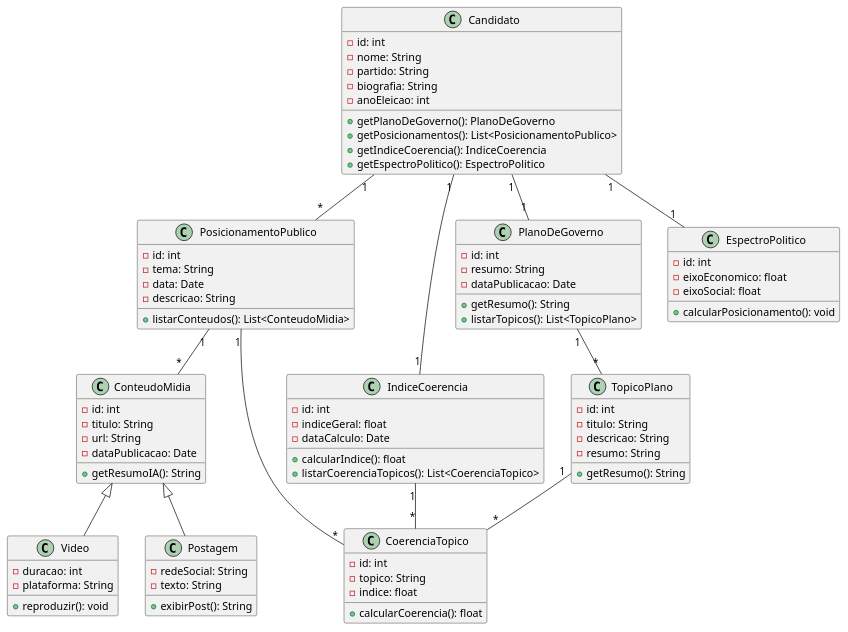
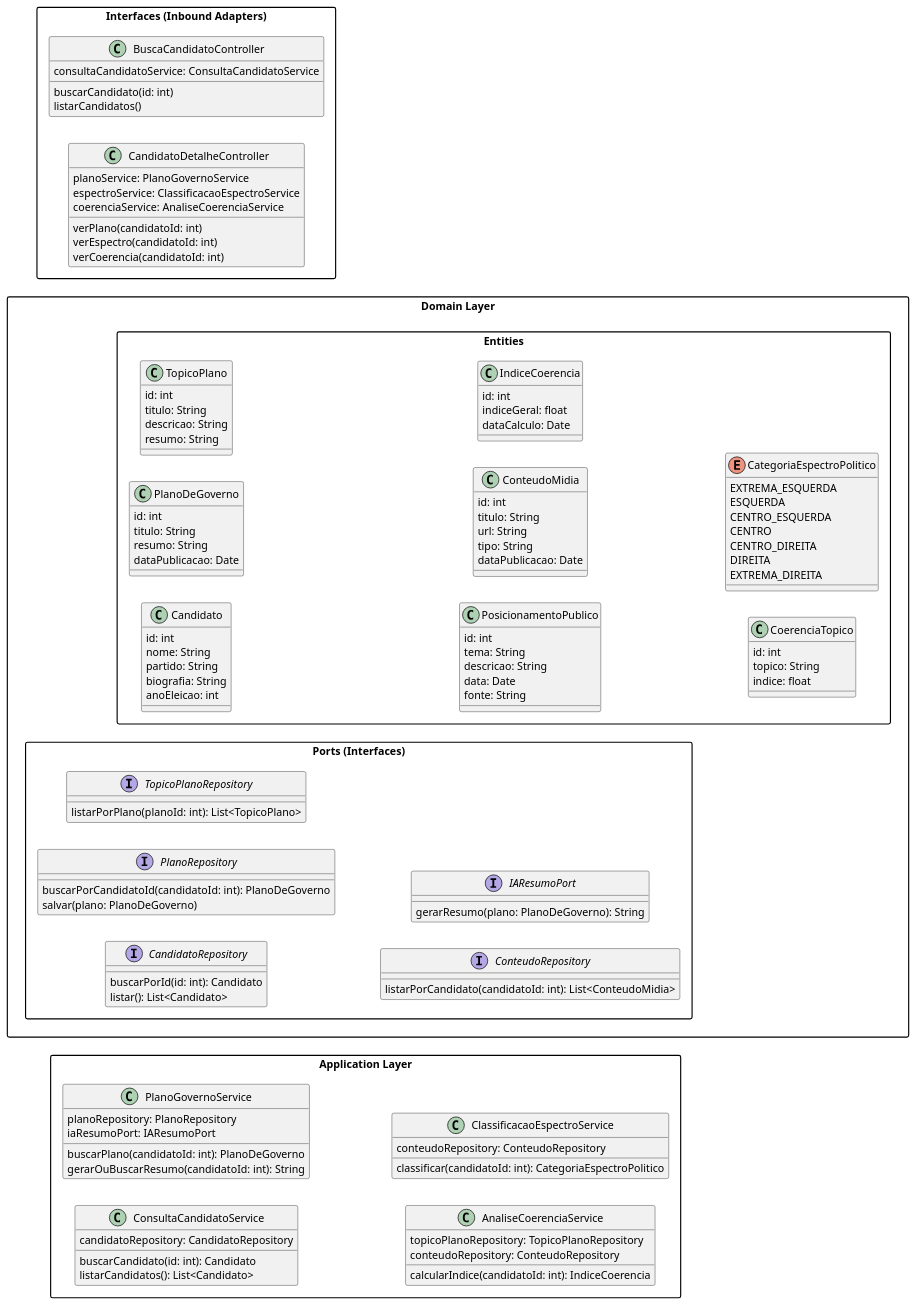
Before and after one commit to gabrielfaravola/ProjetoEngenharia: the diagram in Documentação /04 - Implementação/Diagrama_de_Classes_de_Implementação.md, drawn with PlantUML.

Commit message:
Revise class diagram with updated attributes and structure
Updated class diagram to reflect changes in class attributes and relationships.

````diff
--- a/Documentação /04 - Implementação/Diagrama_de_Classes_de_Implementação.md
+++ b/Documentação /04 - Implementação/Diagrama_de_Classes_de_Implementação.md
@@ -6,101 +6,153 @@
 ```plantuml
+
 @startuml
 
+skinparam packageStyle rectangle
+skinparam linetype ortho
+left to right direction
+
+package "Interfaces (Inbound Adapters)" {
+
+class BuscaCandidatoController {
+ consultaCandidatoService: ConsultaCandidatoService
+
+ buscarCandidato(id: int)
+ listarCandidatos()
+}
+
+class CandidatoDetalheController {
+ planoService: PlanoGovernoService
+ espectroService: ClassificacaoEspectroService
+ coerenciaService: AnaliseCoerenciaService
+
+ verPlano(candidatoId: int)
+ verEspectro(candidatoId: int)
+ verCoerencia(candidatoId: int)
+}
+
+}
+
+package "Application Layer" {
+
+class ConsultaCandidatoService {
+ candidatoRepository: CandidatoRepository
+
+ buscarCandidato(id: int): Candidato
+ listarCandidatos(): List<Candidato>
+}
+
+class PlanoGovernoService {
+ planoRepository: PlanoRepository
+ iaResumoPort: IAResumoPort
+
+ buscarPlano(candidatoId: int): PlanoDeGoverno
+ gerarOuBuscarResumo(candidatoId: int): String
+}
+
+class AnaliseCoerenciaService {
+ topicoPlanoRepository: TopicoPlanoRepository
+ conteudoRepository: ConteudoRepository
+
+ calcularIndice(candidatoId: int): IndiceCoerencia
+}
+
+class ClassificacaoEspectroService {
+ conteudoRepository: ConteudoRepository
+
+ classificar(candidatoId: int): CategoriaEspectroPolitico
+}
+
+}
+
+package "Domain Layer" {
+
+package "Entities" {
+
 class Candidato {
-    -id: int
-    -nome: String
-    -partido: String
-    -biografia: String
-    -anoEleicao: int
-    +getPlanoDeGoverno(): PlanoDeGoverno
-    +getPosicionamentos(): List<PosicionamentoPublico>
-    +getIndiceCoerencia(): IndiceCoerencia
-    +getEspectroPolitico(): EspectroPolitico
+ id: int
+ nome: String
+ partido: String
+ biografia: String
+ anoEleicao: int
 }
 
 class PlanoDeGoverno {
-    -id: int
-    -resumo: String
-    -dataPublicacao: Date
-    +getResumo(): String
-    +listarTopicos(): List<TopicoPlano>
+ id: int
+ titulo: String
+ resumo: String
+ dataPublicacao: Date
 }
 
 class TopicoPlano {
-    -id: int
-    -titulo: String
-    -descricao: String
-    -resumo: String
-    +getResumo(): String
+ id: int
+ titulo: String
+ descricao: String
+ resumo: String
 }
 
 class PosicionamentoPublico {
-    -id: int
-    -tema: String
-    -data: Date
-    -descricao: String
-    +listarConteudos(): List<ConteudoMidia>
+ id: int
+ tema: String
+ descricao: String
+ data: Date
+ fonte: String
 }
 
 class ConteudoMidia {
-    -id: int
-    -titulo: String
-    -url: String
-    -dataPublicacao: Date
-    +getResumoIA(): String
-}
-
-class Video {
-    -duracao: int
-    -plataforma: String
-    +reproduzir(): void
-}
-
-class Postagem {
-    -redeSocial: String
-    -texto: String
-    +exibirPost(): String
+ id: int
+ titulo: String
+ url: String
+ tipo: String
+ dataPublicacao: Date
 }
 
 class IndiceCoerencia {
-    -id: int
-    -indiceGeral: float
-    -dataCalculo: Date
-    +calcularIndice(): float
-    +listarCoerenciaTopicos(): List<CoerenciaTopico>
+ id: int
+ indiceGeral: float
+ dataCalculo: Date
 }
 
 class CoerenciaTopico {
-    -id: int
-    -topico: String
-    -indice: float
-    +calcularCoerencia(): float
+ id: int
+ topico: String
+ indice: float
 }
 
-class EspectroPolitico {
-    -id: int
-    -eixoEconomico: float
-    -eixoSocial: float
-    +calcularPosicionamento(): void
+enum CategoriaEspectroPolitico {
+ EXTREMA_ESQUERDA
+ ESQUERDA
+ CENTRO_ESQUERDA
+ CENTRO
+ CENTRO_DIREITA
+ DIREITA
+ EXTREMA_DIREITA
 }
 
-ConteudoMidia <|-- Video
-ConteudoMidia <|-- Postagem
+}
 
-Candidato "1" -- "1" PlanoDeGoverno
-PlanoDeGoverno "1" -- "*" TopicoPlano
+package "Ports (Interfaces)" {
 
-Candidato "1" -- "*" PosicionamentoPublico
-PosicionamentoPublico "1" -- "*" ConteudoMidia
+interface CandidatoRepository {
+ buscarPorId(id: int): Candidato
+ listar(): List<Candidato>
+}
 
-Candidato "1" -- "1" EspectroPolitico
+interface PlanoRepository {
+ buscarPorCandidatoId(candidatoId: int): PlanoDeGoverno
+ salvar(plano: PlanoDeGoverno)
+}
 
-Candidato "1" -- "1" IndiceCoerencia
-IndiceCoerencia "1" -- "*" CoerenciaTopico
+interface TopicoPlanoRepository {
+ listarPorPlano(planoId: int): List<TopicoPlano>
+}
 
-TopicoPlano "1" -- "*" CoerenciaTopico
+interface ConteudoRepository {
+ listarPorCandidato(candidatoId: int): List<ConteudoMidia>
+}
 
-PosicionamentoPublico "1" --- "*" CoerenciaTopico
+interface IAResumoPort {
+ gerarResumo(plano: PlanoDeGoverno): String
+}
 
-@enduml
+}
 ```
````
